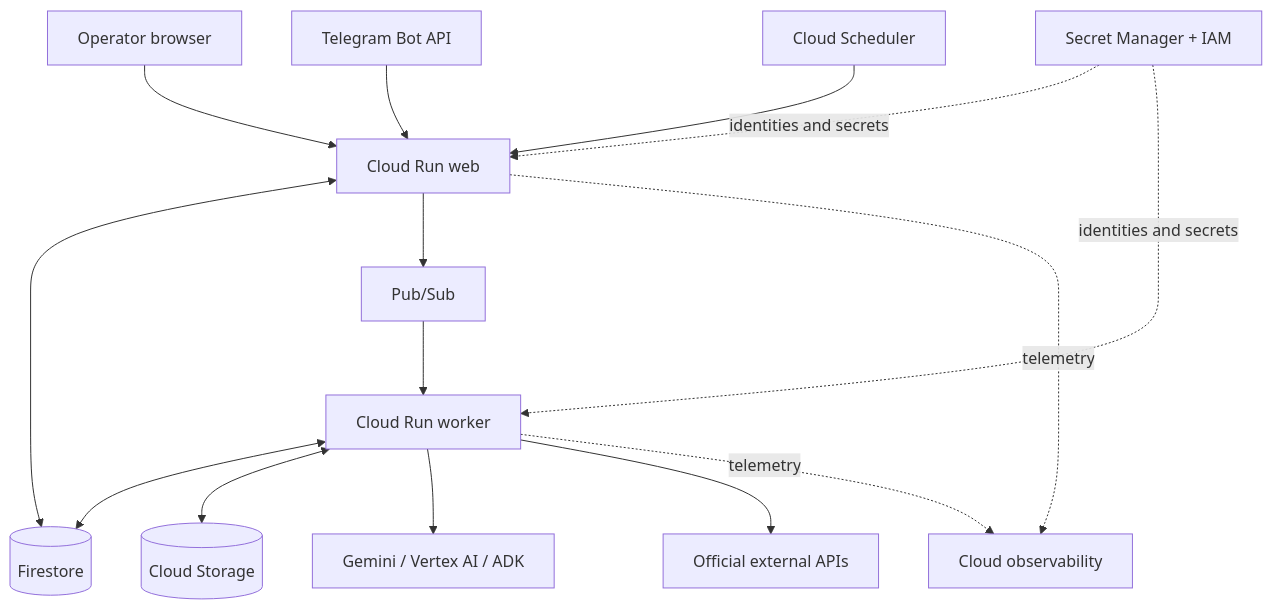
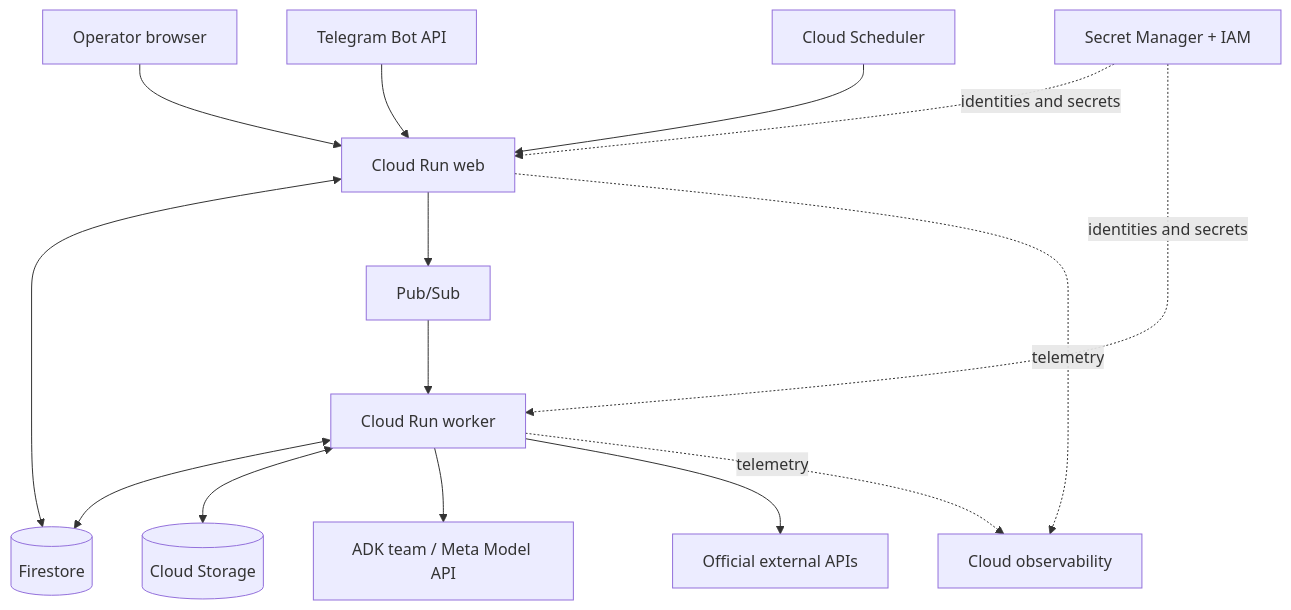
Before and after one commit to danielAsaboro/harmonia-meta: the diagram in docs/diagrams/deployment-topology.mdx, drawn with Mermaid. The commit also changed 53 other files, not shown here.

First line of the commit message:
Rewrite the docs for Meta Model API

````diff
--- a/docs/diagrams/deployment-topology.mdx
+++ b/docs/diagrams/deployment-topology.mdx
@@ -6,17 +6,17 @@
 ```mermaid
 flowchart TB
   OP[Operator browser] --> WEB[Cloud Run web]
   TG[Telegram Bot API] --> WEB
   SCH[Cloud Scheduler] --> WEB
   WEB <--> FS[(Firestore)]
   WEB --> PS[Pub/Sub]
   PS --> WK[Cloud Run worker]
   WK <--> FS
   WK <--> ST[(Cloud Storage)]
-  WK --> AI[Gemini / Vertex AI / ADK]
+  WK --> AI[ADK team / Meta Model API]
   WK --> EXT[Official external APIs]
   WEB -. telemetry .-> OBS[Cloud observability]
   WK -. telemetry .-> OBS
   SEC[Secret Manager + IAM] -. identities and secrets .-> WEB
   SEC -. identities and secrets .-> WK
 ```
````
